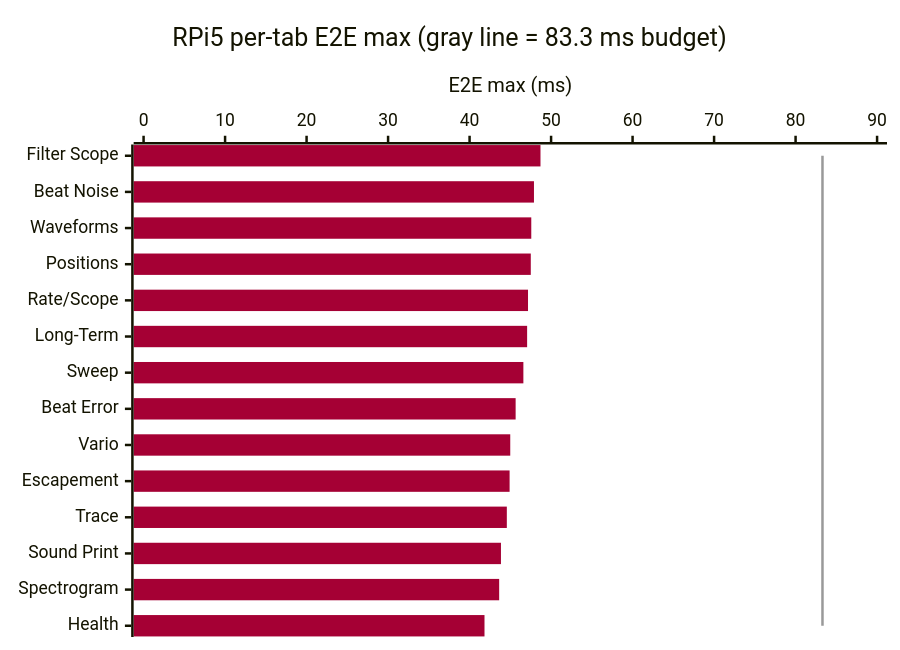
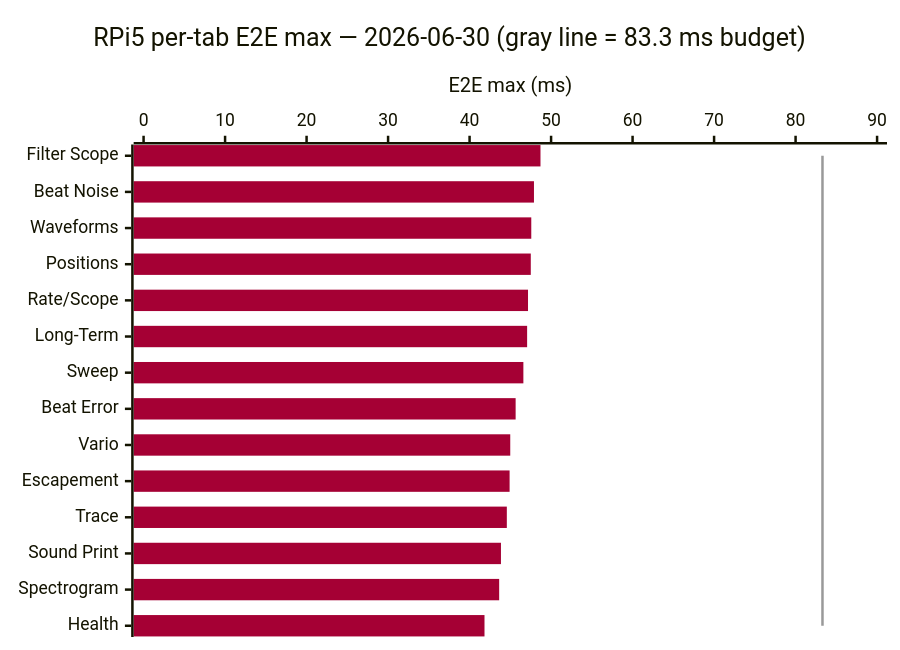
One commit to lgcmu2026-team5/TimeGrapher-Docs changed the fourth of 7 diagrams in Milestone/en/4-Planned-Experiments.md. Above: the diagram before and after it, drawn with Mermaid. The commit also changed other lines of this file and 1 other file, not shown here.

Commit message:
docs: retain EXP-03 June 21 graph

````diff
--- a/Milestone/en/4-Planned-Experiments.md
+++ b/Milestone/en/4-Planned-Experiments.md
@@ -175,9 +188,9 @@
 ```mermaid
 %%{init: {"themeVariables": {"xyChart": {"plotColorPalette": "#A50034, #999999"}}}}%%
 xychart-beta horizontal
-    title "RPi5 per-tab E2E max (gray line = 83.3 ms budget)"
+    title "RPi5 per-tab E2E max — 2026-06-30 (gray line = 83.3 ms budget)"
     x-axis ["Filter Scope", "Beat Noise", "Waveforms", "Positions", "Rate/Scope", "Long-Term", "Sweep", "Beat Error", "Vario", "Escapement", "Trace", "Sound Print", "Spectrogram", "Health"]
     y-axis "E2E max (ms)" 0 --> 90
     bar [48.70, 47.90, 47.57, 47.51, 47.17, 47.06, 46.60, 45.65, 44.99, 44.91, 44.57, 43.85, 43.63, 41.83]
     line [83.3, 83.3, 83.3, 83.3, 83.3, 83.3, 83.3, 83.3, 83.3, 83.3, 83.3, 83.3, 83.3, 83.3]
 ```
````
